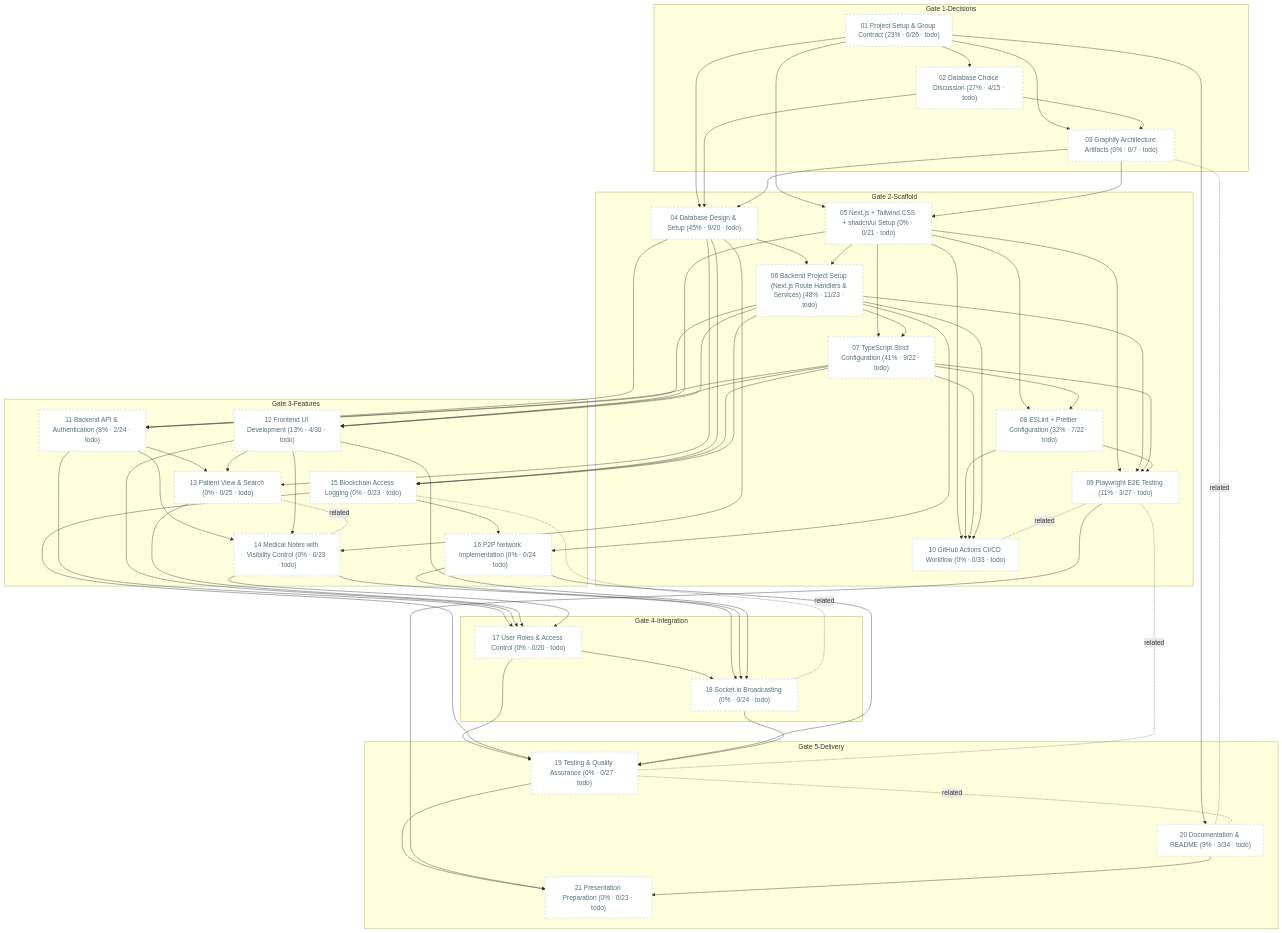
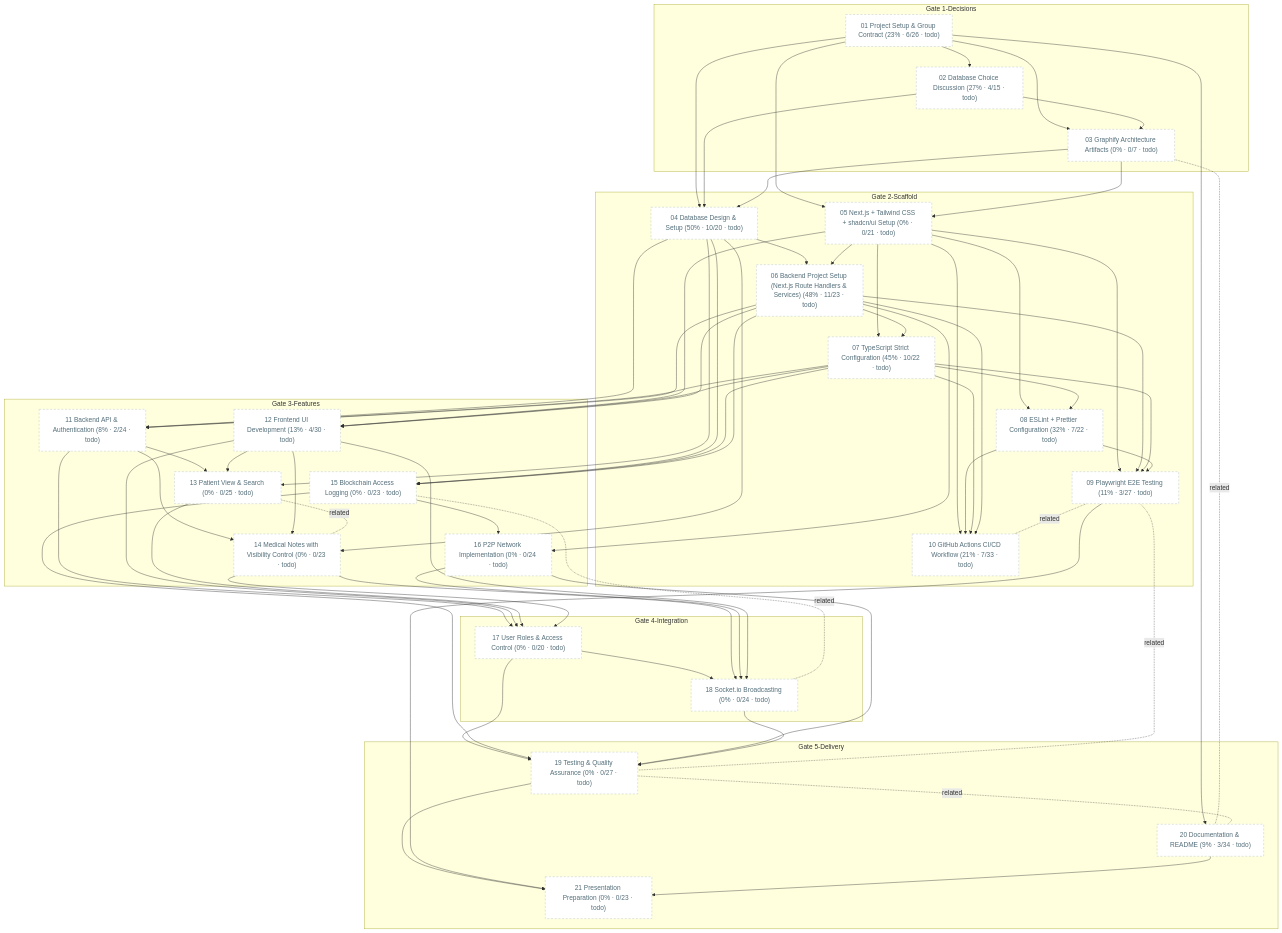
One commit to matdevstamp/inl-3-awesome-journal changed the diagram in docs/diagrams/task-dependencies.md. Above: the diagram before and after it, drawn with Mermaid. The commit also changed 7 other files, not shown here.

```diff
--- a/docs/diagrams/task-dependencies.md
+++ b/docs/diagrams/task-dependencies.md
@@ -35,13 +35,13 @@
     T03["03 Graphify Architecture Artifacts (0% · 0/7 · todo)"]
     end
     subgraph scaffold["Gate 2-Scaffold"]
-    T04["04 Database Design & Setup (45% · 9/20 · todo)"]
+    T04["04 Database Design & Setup (50% · 10/20 · todo)"]
     T05["05 Next.js + Tailwind CSS + shadcn/ui Setup (0% · 0/21 · todo)"]
     T06["06 Backend Project Setup (Next.js Route Handlers & Services) (48% · 11/23 · todo)"]
-    T07["07 TypeScript Strict Configuration (41% · 9/22 · todo)"]
+    T07["07 TypeScript Strict Configuration (45% · 10/22 · todo)"]
     T08["08 ESLint + Prettier Configuration (32% · 7/22 · todo)"]
     T09["09 Playwright E2E Testing (11% · 3/27 · todo)"]
-    T10["10 GitHub Actions CI/CD Workflow (0% · 0/33 · todo)"]
+    T10["10 GitHub Actions CI/CD Workflow (21% · 7/33 · todo)"]
     end
     subgraph features["Gate 3-Features"]
     T11["11 Backend API & Authentication (8% · 2/24 · todo)"]
```
